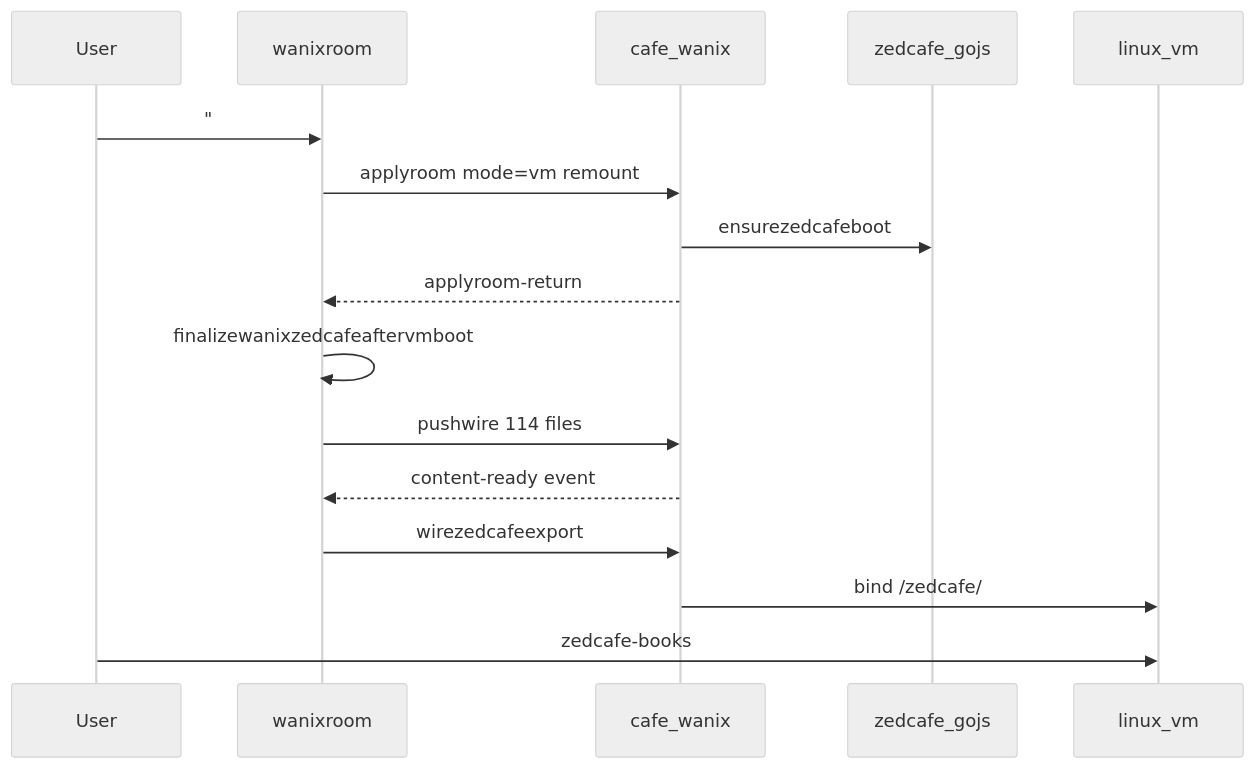
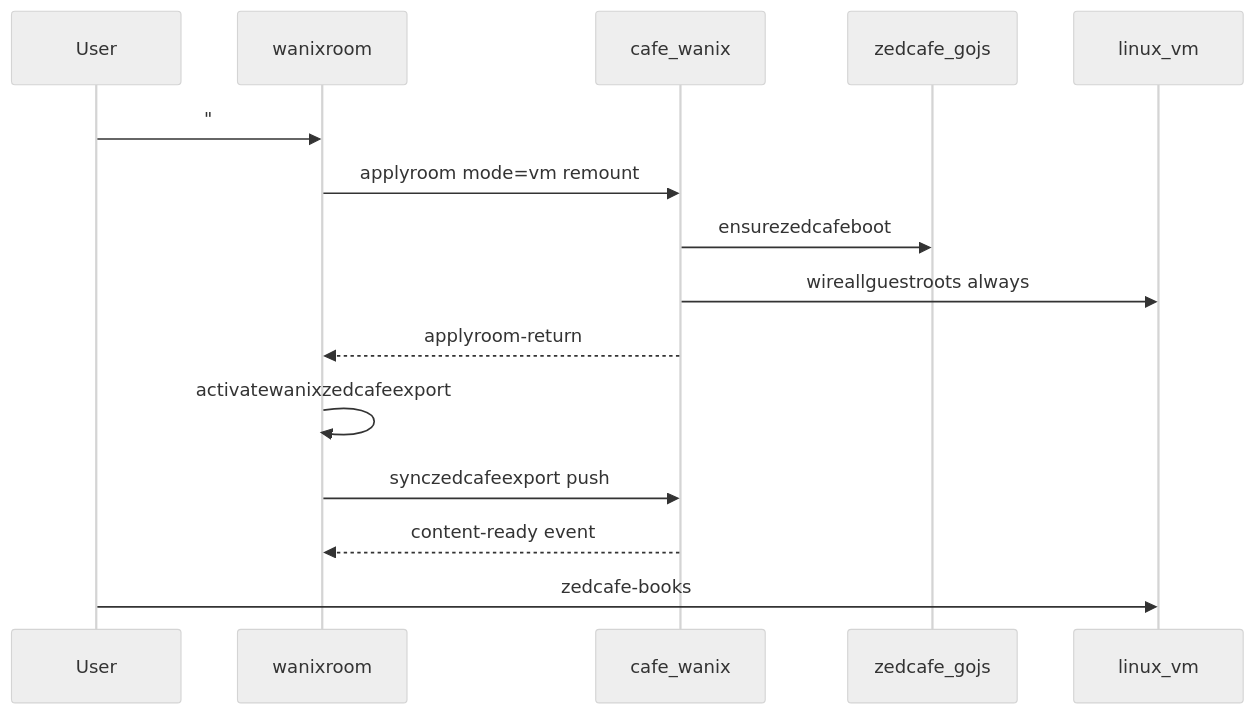
Before and after one commit to goldbuick/zed-software-system: the eighth of 9 diagrams in zss/feature/wanix/README.md, drawn with Mermaid (neutral theme). The commit also changed other lines of this file and 10 other files, not shown here.

````diff
--- a/zss/feature/wanix/README.md
+++ b/zss/feature/wanix/README.md
@@ -387,19 +386,18 @@
 ```mermaid
 sequenceDiagram
   participant User
   participant Parent as wanixroom
   participant Iframe as cafe_wanix
   participant ZC as zedcafe_gojs
   participant VM as linux_vm
 
   User->>Parent: "#wanix vm"
   Parent->>Iframe: applyroom mode=vm remount
   Iframe->>ZC: ensurezedcafeboot
+  Iframe->>VM: wireallguestroots always
   Iframe-->>Parent: applyroom-return
-  Parent->>Parent: finalizewanixzedcafeaftervmboot
-  Parent->>Iframe: pushwire 114 files
+  Parent->>Parent: activatewanixzedcafeexport
+  Parent->>Iframe: synczedcafeexport push
   Iframe-->>Parent: content-ready event
-  Parent->>Iframe: wirezedcafeexport
-  Iframe->>VM: bind /zedcafe/
   User->>VM: zedcafe-books
 ```
````
